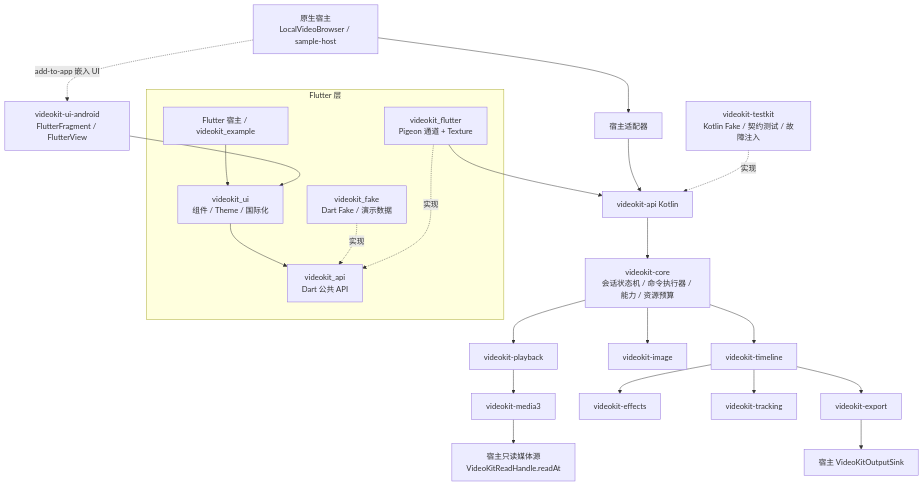
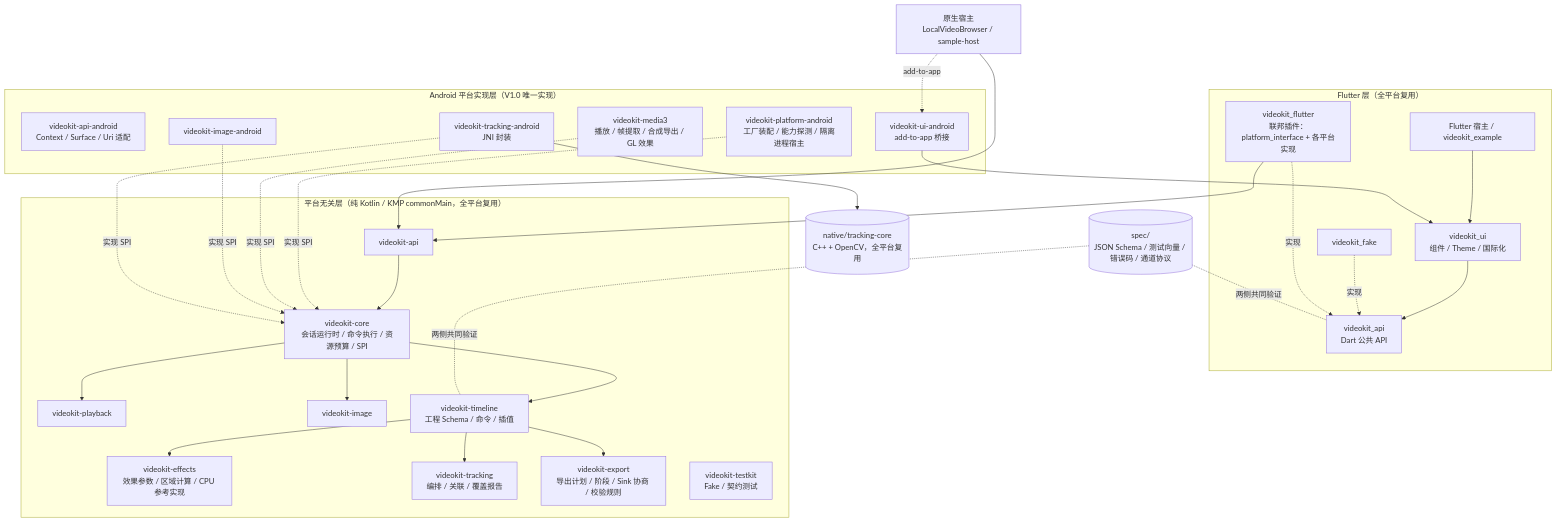
One commit to bennyliaa/VideoKit changed the diagram in docs/requirement/02_SYSTEM_ARCHITECTURE.md. Above: the diagram before and after it, drawn with Mermaid. The commit also changed other lines of this file and 7 other files, not shown here.

First line of the commit message:
docs: modular multi-platform architecture (common layer, SPI, platform layer)

````diff
--- a/docs/requirement/02_SYSTEM_ARCHITECTURE.md
+++ b/docs/requirement/02_SYSTEM_ARCHITECTURE.md
@@ -11,23 +13,42 @@
 ```mermaid
 flowchart TB
-  subgraph Flutter[Flutter 层]
+  subgraph Flutter[Flutter 层（全平台复用）]
     FHOST[Flutter 宿主 / videokit_example] --> FUI[videokit_ui<br/>组件 / Theme / 国际化]
     FUI --> DAPI[videokit_api<br/>Dart 公共 API]
-    DFAKE[videokit_fake<br/>Dart Fake / 演示数据] -.实现.-> DAPI
-    PLUG[videokit_flutter<br/>Pigeon 通道 + Texture] -.实现.-> DAPI
+    DFAKE[videokit_fake] -.实现.-> DAPI
+    PLUG[videokit_flutter<br/>联邦插件：platform_interface + 各平台实现] -.实现.-> DAPI
   end
-  NHOST[原生宿主<br/>LocalVideoBrowser / sample-host] --> ADP[宿主适配器]
-  ADP --> API[videokit-api Kotlin]
-  NHOST -. add-to-app 嵌入 UI .-> BRIDGE[videokit-ui-android<br/>FlutterFragment / FlutterView]
-  BRIDGE --> FUI
+  subgraph Common[平台无关层（纯 Kotlin / KMP commonMain，全平台复用）]
+    API[videokit-api]
+    CORE[videokit-core<br/>会话运行时 / 命令执行 / 资源预算 / SPI]
+    PB[videokit-playback] 
+    IMG[videokit-image]
+    TL[videokit-timeline<br/>工程 Schema / 命令 / 插值]
+    FX[videokit-effects<br/>效果参数 / 区域计算 / CPU 参考实现]
+    TRK[videokit-tracking<br/>编排 / 关联 / 覆盖报告]
+    EXP[videokit-export<br/>导出计划 / 阶段 / Sink 协商 / 校验规则]
+    TK[videokit-testkit<br/>Fake / 契约测试]
+  end
+  subgraph Android[Android 平台实现层（V1.0 唯一实现）]
+    AAND[videokit-api-android<br/>Context / Surface / Uri 适配]
+    PAND[videokit-platform-android<br/>工厂装配 / 能力探测 / 隔离进程宿主]
+    M3[videokit-media3<br/>播放 / 帧提取 / 合成导出 / GL 效果]
+    IAND[videokit-image-android]
+    TAND[videokit-tracking-android<br/>JNI 封装]
+    UIA[videokit-ui-android<br/>add-to-app 桥接]
+  end
+  SPEC[(spec/<br/>JSON Schema / 测试向量 / 错误码 / 通道协议)]
+  NATIVE[(native/tracking-core<br/>C++ + OpenCV，全平台复用)]
+  NHOST[原生宿主<br/>LocalVideoBrowser / sample-host] --> API
+  NHOST -. add-to-app .-> UIA --> FUI
   PLUG --> API
-  API --> CORE[videokit-core<br/>会话状态机 / 命令执行器 / 能力 / 资源预算]
-  CORE --> PB[videokit-playback] --> M3[videokit-media3]
-  CORE --> IMG[videokit-image]
-  CORE --> TL[videokit-timeline] --> FX[videokit-effects]
-  TL --> TRK[videokit-tracking]
-  TL --> EXP[videokit-export]
-  M3 --> IN[宿主只读媒体源<br/>VideoKitReadHandle.readAt]
-  EXP --> SINK[宿主 VideoKitOutputSink]
-  TK[videokit-testkit<br/>Kotlin Fake / 契约测试 / 故障注入] -.实现.-> API
+  API --> CORE --> PB & IMG & TL
+  TL --> FX & TRK & EXP
+  PAND -.实现 SPI.-> CORE
+  M3 -.实现 SPI.-> CORE
+  IAND -.实现 SPI.-> CORE
+  TAND -.实现 SPI.-> CORE
+  TAND --> NATIVE
+  SPEC -. 两侧共同验证 .- TL
+  SPEC -. 两侧共同验证 .- DAPI
 ```
````
